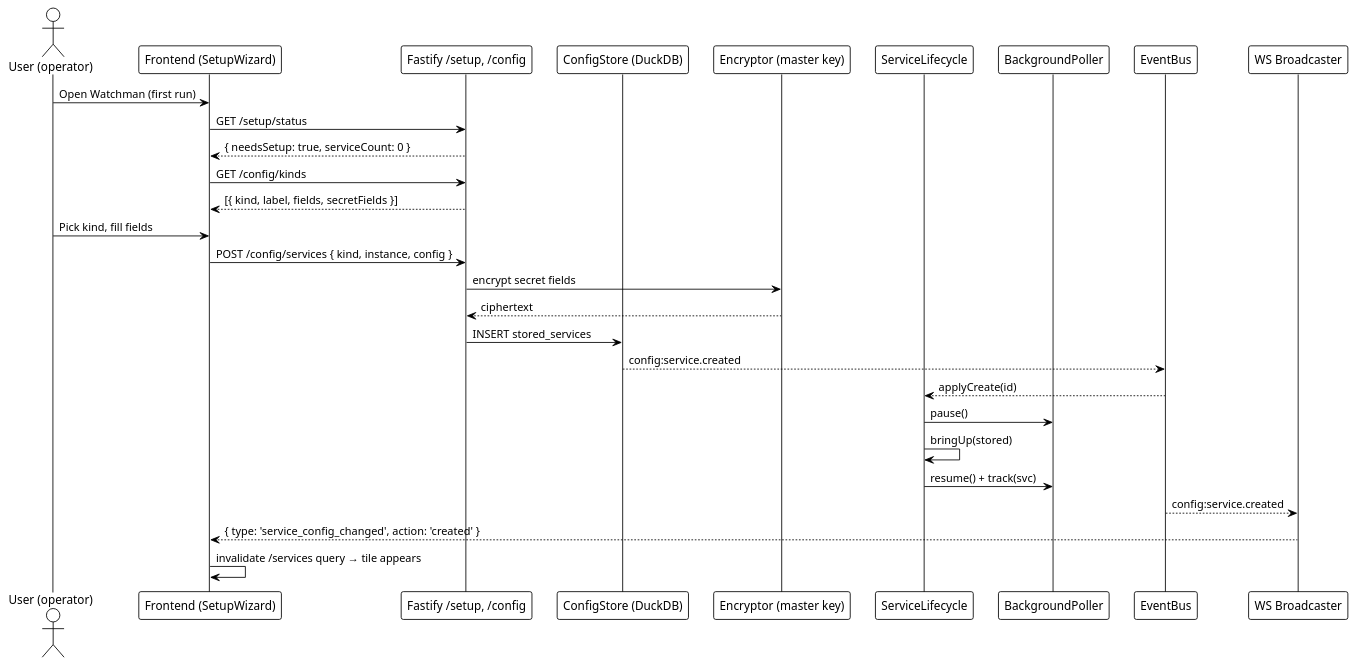
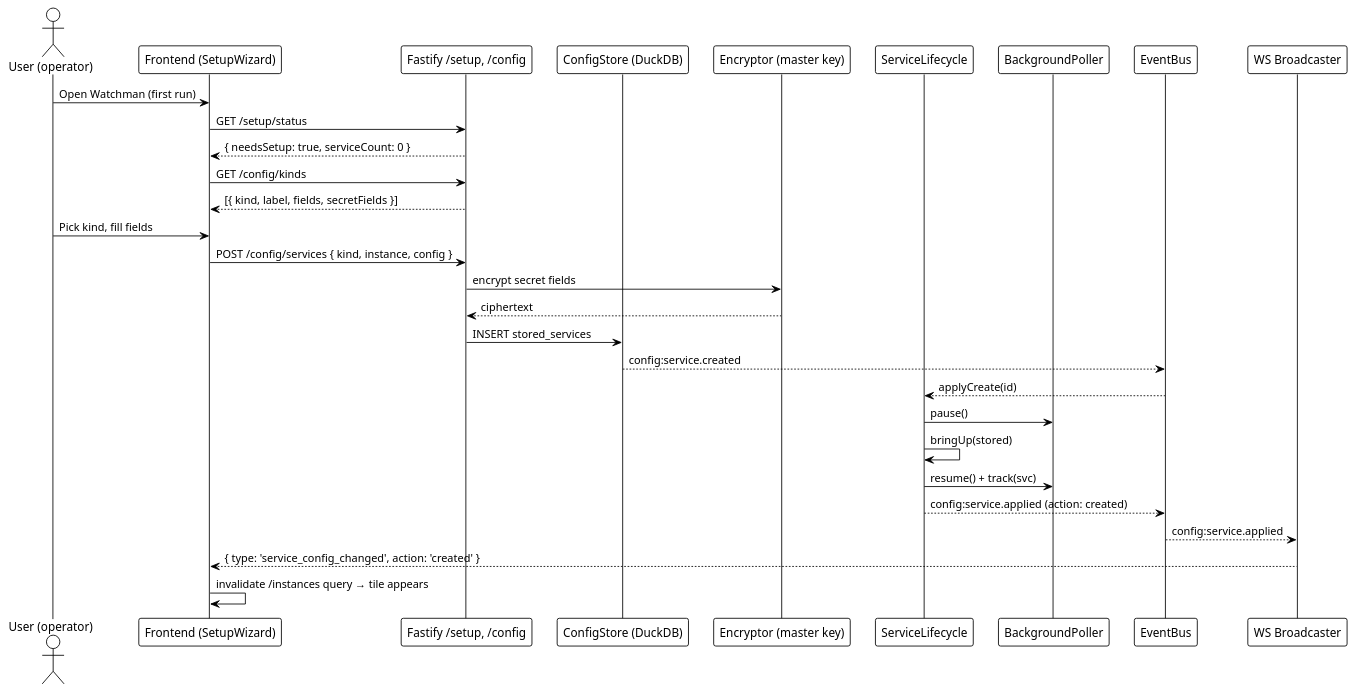
One commit to EraPartner/Watchman changed the first of 4 diagrams in docs/architecture/data-flow.md. Above: the diagram before and after it, drawn with PlantUML. The commit also changed other lines of this file and 30 other files, not shown here.

````diff
--- a/docs/architecture/data-flow.md
+++ b/docs/architecture/data-flow.md
@@ -153,34 +154,35 @@
 ```plantuml
 @startuml
 !theme plain
 
 actor "User (operator)" as User
 participant "Frontend (SetupWizard)" as FE
 participant "Fastify /setup, /config" as API
 participant "ConfigStore (DuckDB)" as Store
 participant "Encryptor (master key)" as Enc
 participant "ServiceLifecycle" as Life
 participant "BackgroundPoller" as Poll
 participant "EventBus" as Bus
 participant "WS Broadcaster" as WS
 
 User -> FE : Open Watchman (first run)
 FE -> API : GET /setup/status
 API --> FE : { needsSetup: true, serviceCount: 0 }
 FE -> API : GET /config/kinds
 API --> FE : [{ kind, label, fields, secretFields }]
 User -> FE : Pick kind, fill fields
 FE -> API : POST /config/services { kind, instance, config }
 API -> Enc : encrypt secret fields
 Enc --> API : ciphertext
 API -> Store : INSERT stored_services
 Store --> Bus : config:service.created
 Bus --> Life : applyCreate(id)
 Life -> Poll : pause()
 Life -> Life : bringUp(stored)
 Life -> Poll : resume() + track(svc)
-Bus --> WS : config:service.created
+Life --> Bus : config:service.applied (action: created)
+Bus --> WS : config:service.applied
 WS --> FE : { type: 'service_config_changed', action: 'created' }
-FE -> FE : invalidate /services query → tile appears
+FE -> FE : invalidate /instances query → tile appears
 @enduml
 ```
````
